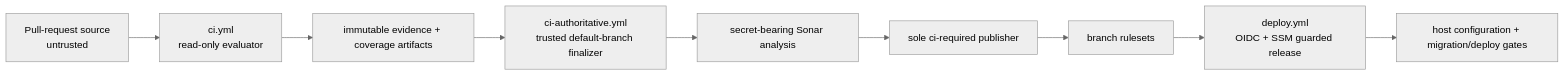
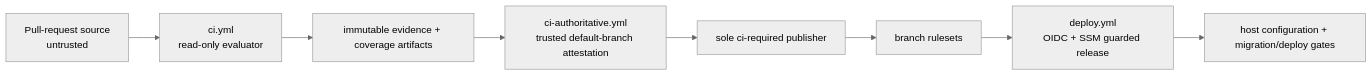
Before and after one commit to prateek-sinha7/IdeaFlowAI: the fifth of 16 diagrams in .knowledge/ARCHITECTURE.md, drawn with Mermaid (neutral theme). The commit also changed other lines of this file and 365 other files, not shown here.

First line of the commit message:
docs: update architecture documentation and knowledge base (#27)

````diff
--- a/.knowledge/ARCHITECTURE.md
+++ b/.knowledge/ARCHITECTURE.md
@@ -220,11 +220,10 @@
 ```mermaid
 flowchart LR
   pr["Pull-request source\nuntrusted"] --> evaluator["ci.yml\nread-only evaluator"]
   evaluator --> evidence["immutable evidence + coverage artifacts"]
-  evidence --> finalizer["ci-authoritative.yml\ntrusted default-branch finalizer"]
-  finalizer --> sonar["secret-bearing Sonar analysis"]
-  sonar --> status["sole ci-required publisher"]
+  evidence --> finalizer["ci-authoritative.yml\ntrusted default-branch attestation"]
+  finalizer --> status["sole ci-required publisher"]
   status --> rules["branch rulesets"]
   rules --> deploy["deploy.yml\nOIDC + SSM guarded release"]
   deploy --> host["host configuration + migration/deploy gates"]
 ```
````
